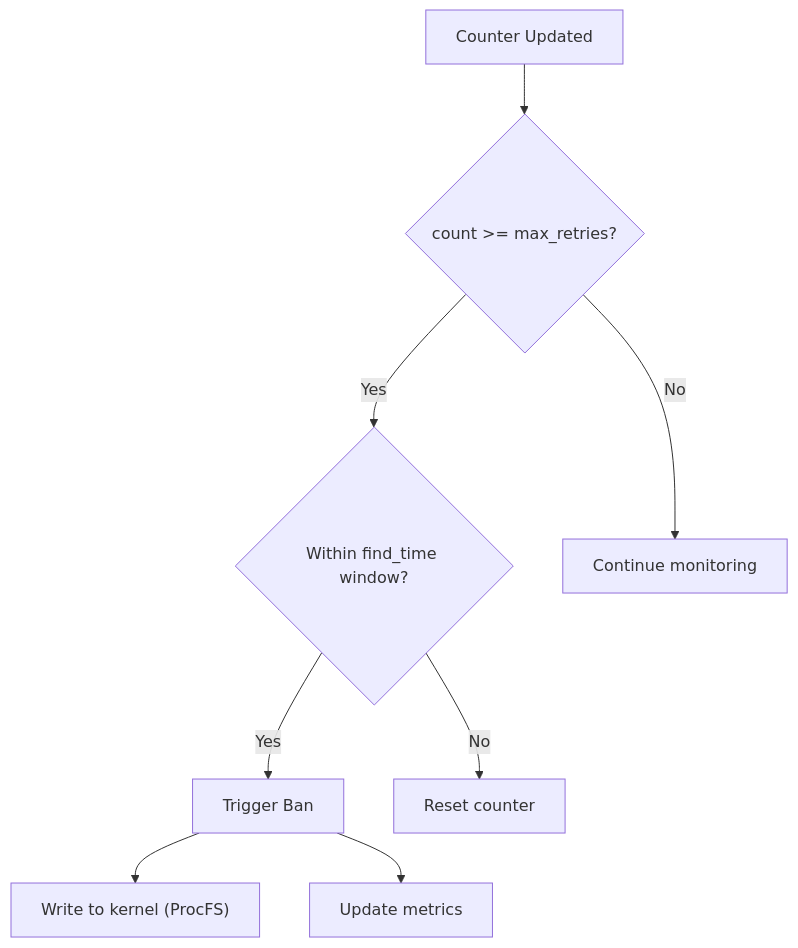
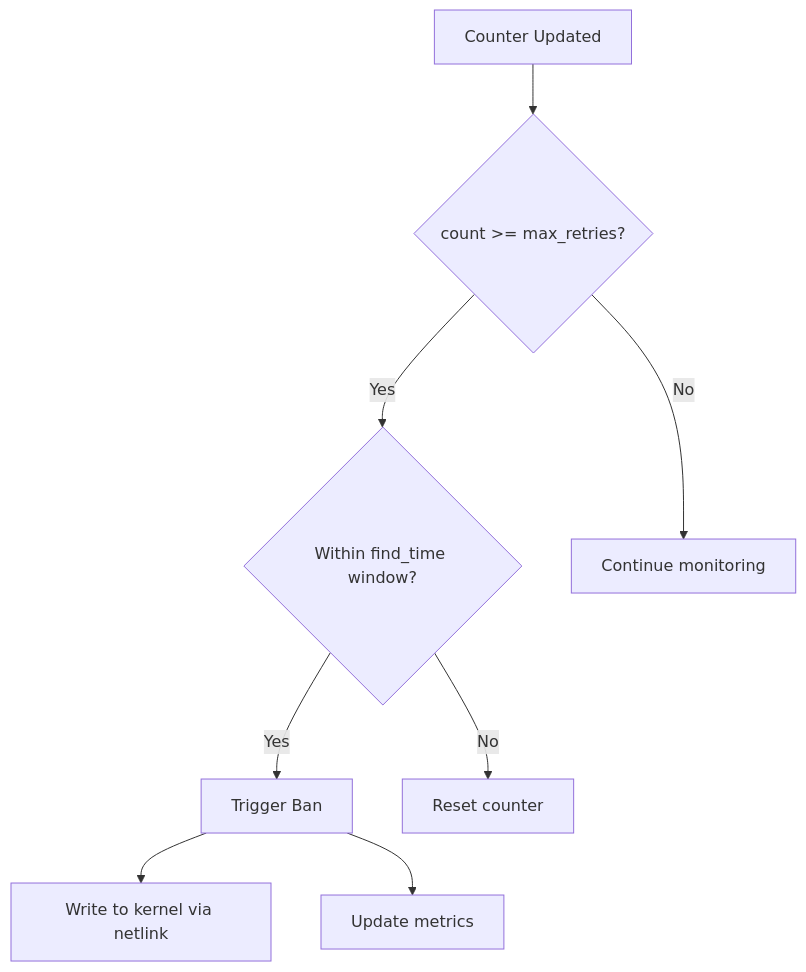
One commit to SnowCore8/linux-firewall-kmod changed the fifth of 7 diagrams in docs/en/architecture/daemon.md. Above: the diagram before and after it, drawn with Mermaid. The commit also changed other lines of this file and 6 other files, not shown here.

First line of the commit message:
docs: align architecture framework (#10)

````diff
--- a/docs/en/architecture/daemon.md
+++ b/docs/en/architecture/daemon.md
@@ -215,10 +227,10 @@
 ```mermaid
 graph TB
     A["Counter Updated"] --> B{"count >= max_retries?"}
     B -->|Yes| C{"Within find_time window?"}
     C -->|Yes| D["Trigger Ban"]
-    D --> E["Write to kernel (ProcFS)"]
+    D --> E["Write to kernel via netlink"]
     D --> G["Update metrics"]
     C -->|No| H["Reset counter"]
     B -->|No| I["Continue monitoring"]
 ```
````
